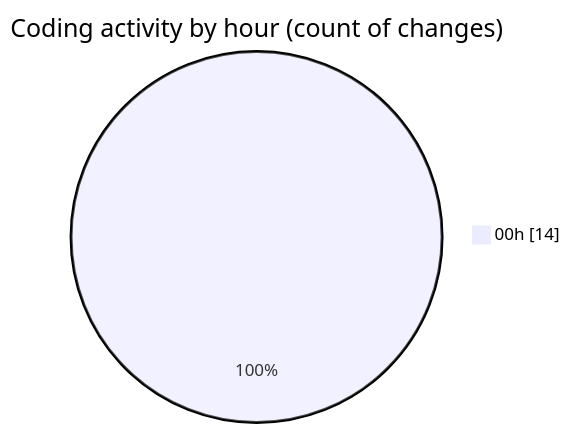
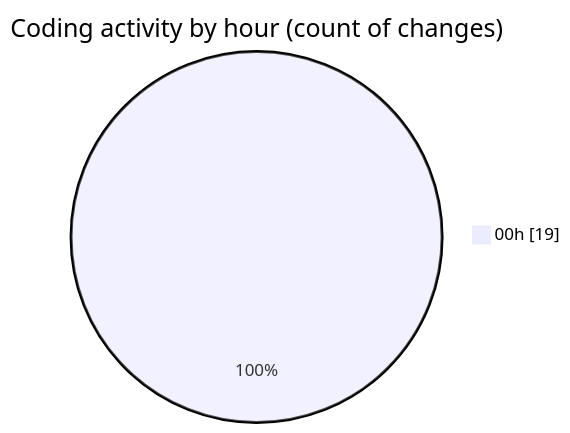
One commit to hasnaa123/code-tracking changed the second of 2 diagrams in 2025-12-11/technologie_web/README.md. Above: the diagram before and after it, drawn with Mermaid. The commit also changed other lines of this file and 1 other file, not shown here.

````diff
--- a/2025-12-11/technologie_web/README.md
+++ b/2025-12-11/technologie_web/README.md
@@ -32,5 +32,5 @@
 ```mermaid
 pie showData
 title Coding activity by hour (count of changes)
-"00h" : 14
+"00h" : 19
 ```
````
